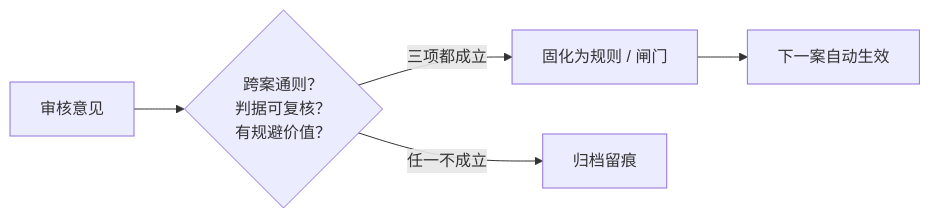
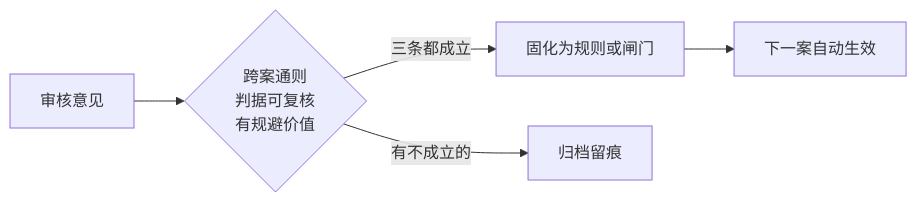
One commit to q1480371991/patent-harness changed the fourth of 4 diagrams in README.md. Above: the diagram before and after it, drawn with Mermaid. The commit also changed other lines of this file, not shown here.

Commit message:
docs: README 重写——去掉 emoji 编号/破折号/排比句，修 mermaid 边标签解析错误

````diff
--- a/README.md
+++ b/README.md
@@ -162,7 +136,7 @@
 ```mermaid
 flowchart LR
-    R["审核意见"] --> Q{"跨案通则？<br/>判据可复核？<br/>有规避价值？"}
-    Q -->|三项都成立| G["固化为规则 / 闸门"]
-    Q -->|任一不成立| A["归档留痕"]
+    R["审核意见"] --> Q{"跨案通则<br/>判据可复核<br/>有规避价值"}
+    Q -->|三条都成立| G["固化为规则或闸门"]
+    Q -->|有不成立的| A["归档留痕"]
     G --> N["下一案自动生效"]
 ```
````
